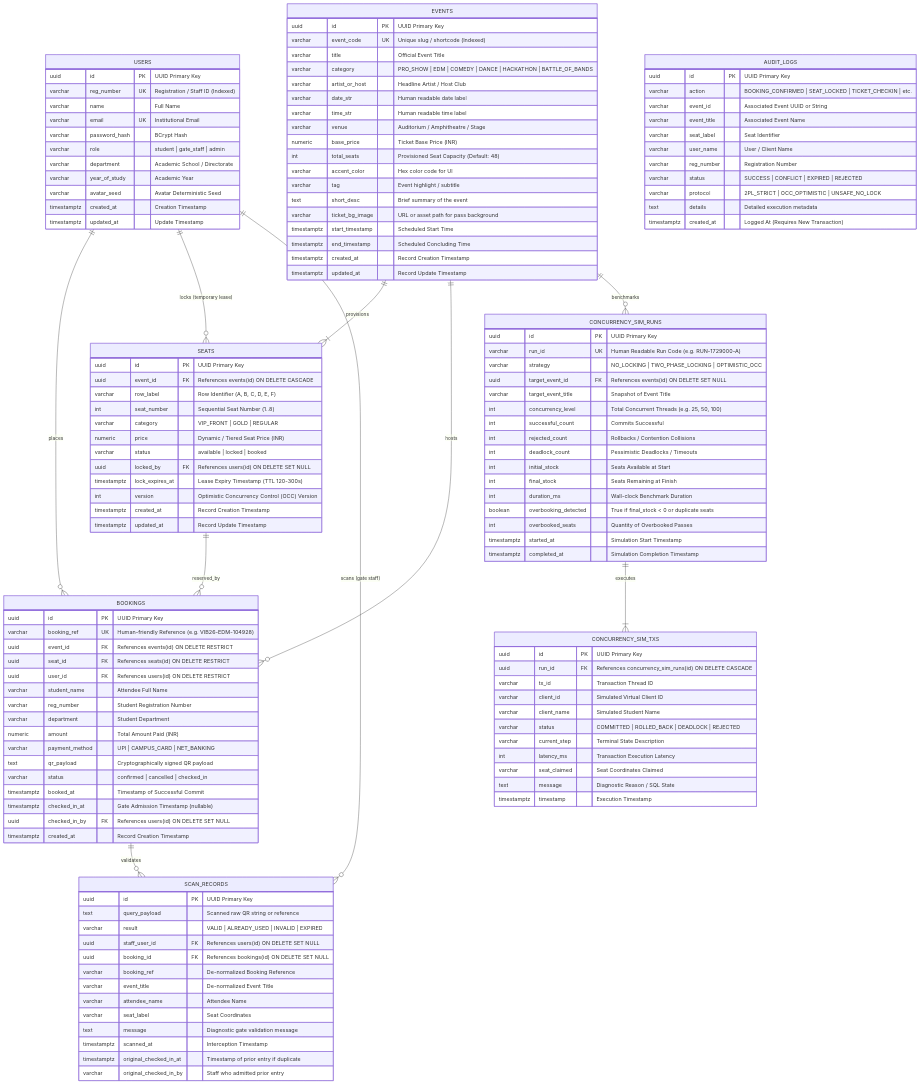
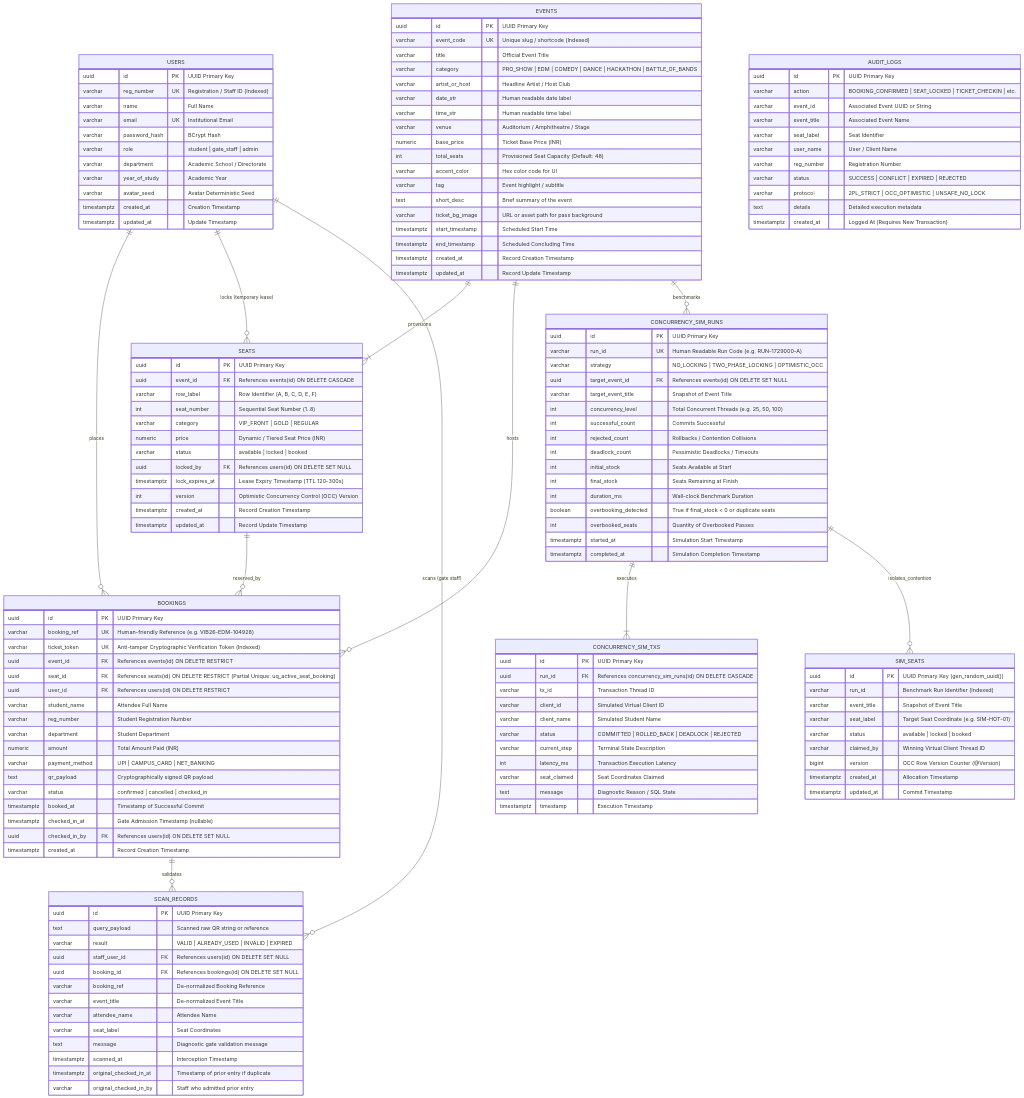
Before and after one commit to ritesh-prajan/Vibrance-website: the diagram in docs/ER_DIAGRAM.md, drawn with Mermaid. The commit also changed 24 other files, not shown here.

First line of the commit message:
feat: complete database hardening, concurrency isolation, and project verification (Phases 1-13)

```diff
--- a/docs/ER_DIAGRAM.md
+++ b/docs/ER_DIAGRAM.md
@@ -18,6 +18,7 @@
     SEATS ||--o{ BOOKINGS : "reserved_by"
     BOOKINGS ||--o{ SCAN_RECORDS : "validates"
     CONCURRENCY_SIM_RUNS ||--|{ CONCURRENCY_SIM_TXS : "executes"
+    CONCURRENCY_SIM_RUNS ||--o{ SIM_SEATS : "isolates_contention"
 
     USERS {
         uuid id PK "UUID Primary Key"
@@ -69,11 +70,24 @@
         timestamptz updated_at "Record Update Timestamp"
     }
 
+    SIM_SEATS {
+        uuid id PK "UUID Primary Key (gen_random_uuid())"
+        varchar run_id "Benchmark Run Identifier (Indexed)"
+        varchar event_title "Snapshot of Event Title"
+        varchar seat_label "Target Seat Coordinate (e.g. SIM-HOT-01)"
+        varchar status "available | locked | booked"
+        varchar claimed_by "Winning Virtual Client Thread ID"
+        bigint version "OCC Row Version Counter (@Version)"
+        timestamptz created_at "Allocation Timestamp"
+        timestamptz updated_at "Commit Timestamp"
+    }
+
     BOOKINGS {
         uuid id PK "UUID Primary Key"
         varchar booking_ref UK "Human-friendly Reference (e.g. VIB26-EDM-104928)"
+        varchar ticket_token UK "Anti-tamper Cryptographic Verification Token (Indexed)"
         uuid event_id FK "References events(id) ON DELETE RESTRICT"
-        uuid seat_id FK "References seats(id) ON DELETE RESTRICT"
+        uuid seat_id FK "References seats(id) ON DELETE RESTRICT (Partial Unique: uq_active_seat_booking)"
         uuid user_id FK "References users(id) ON DELETE RESTRICT"
         varchar student_name "Attendee Full Name"
         varchar reg_number "Student Registration Number"
```
